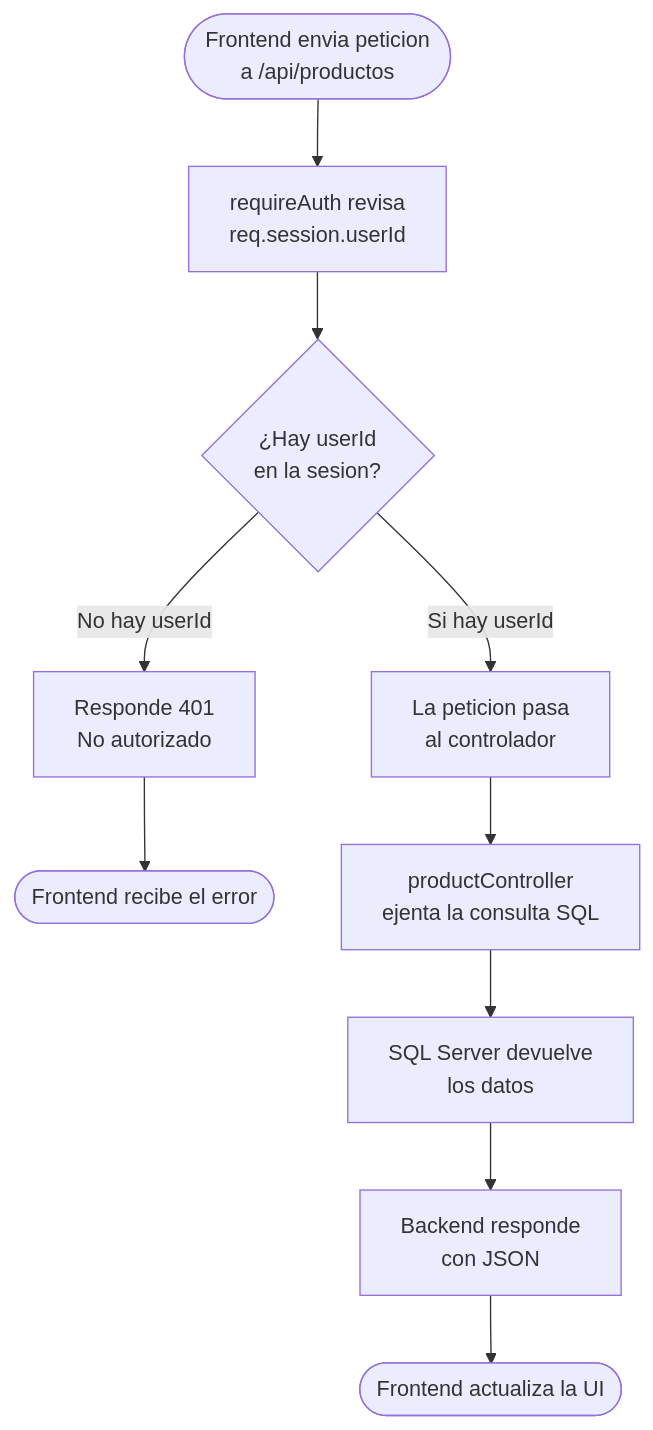
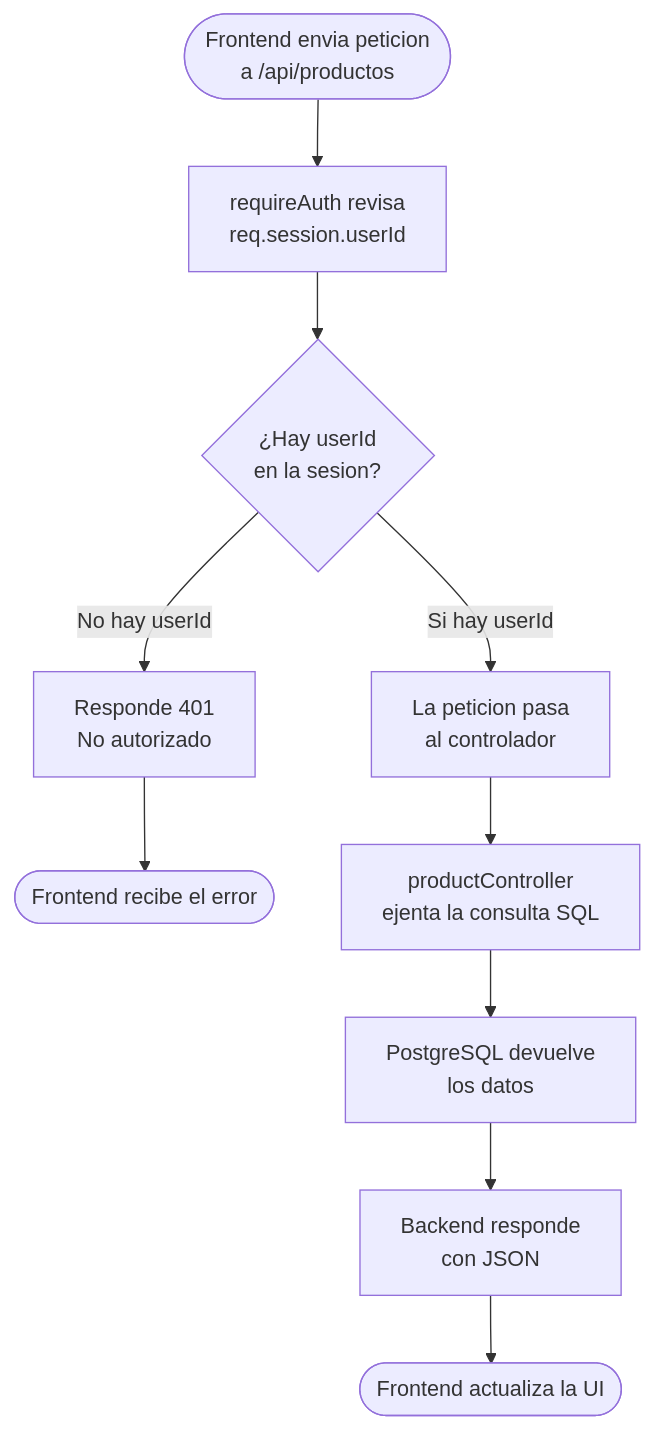
Before and after one commit to johannxnx/Gestor-Inventario: the second of 3 diagrams in docs/Diagramas/Diagrama de Flujo - Login.md, drawn with Mermaid. The commit also changed 7 other files, not shown here.

````diff
--- a/docs/Diagramas/Diagrama de Flujo - Login.md
+++ b/docs/Diagramas/Diagrama de Flujo - Login.md
@@ -50,15 +50,15 @@
 ```mermaid
 flowchart TD
     A([Frontend envia peticion\na /api/productos]) --> B[requireAuth revisa\nreq.session.userId]
 
     B --> C{¿Hay userId\nen la sesion?}
 
     C -- No hay userId --> D[Responde 401\nNo autorizado]
     D --> E([Frontend recibe el error])
 
     C -- Si hay userId --> F[La peticion pasa\nal controlador]
     F --> G[productController\nejenta la consulta SQL]
-    G --> H[SQL Server devuelve\nlos datos]
+    G --> H[PostgreSQL devuelve\nlos datos]
     H --> I[Backend responde\ncon JSON]
     I --> J([Frontend actualiza la UI])
 ```
````
